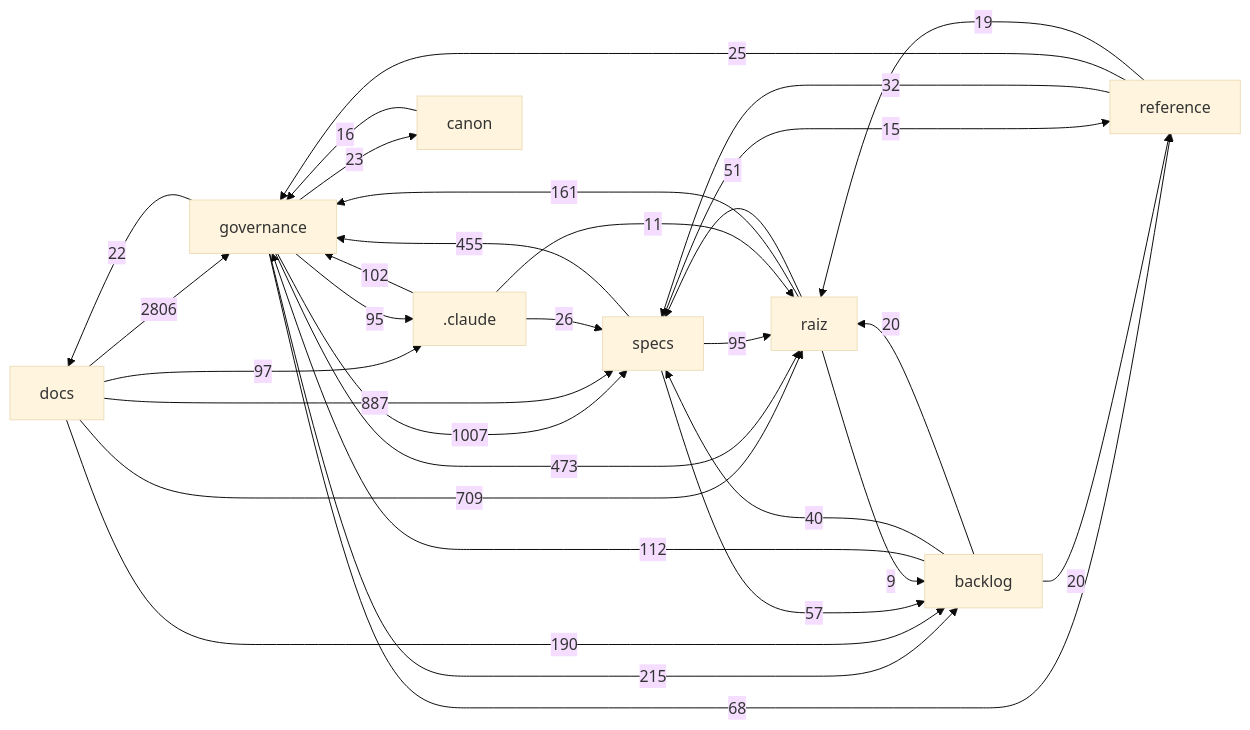
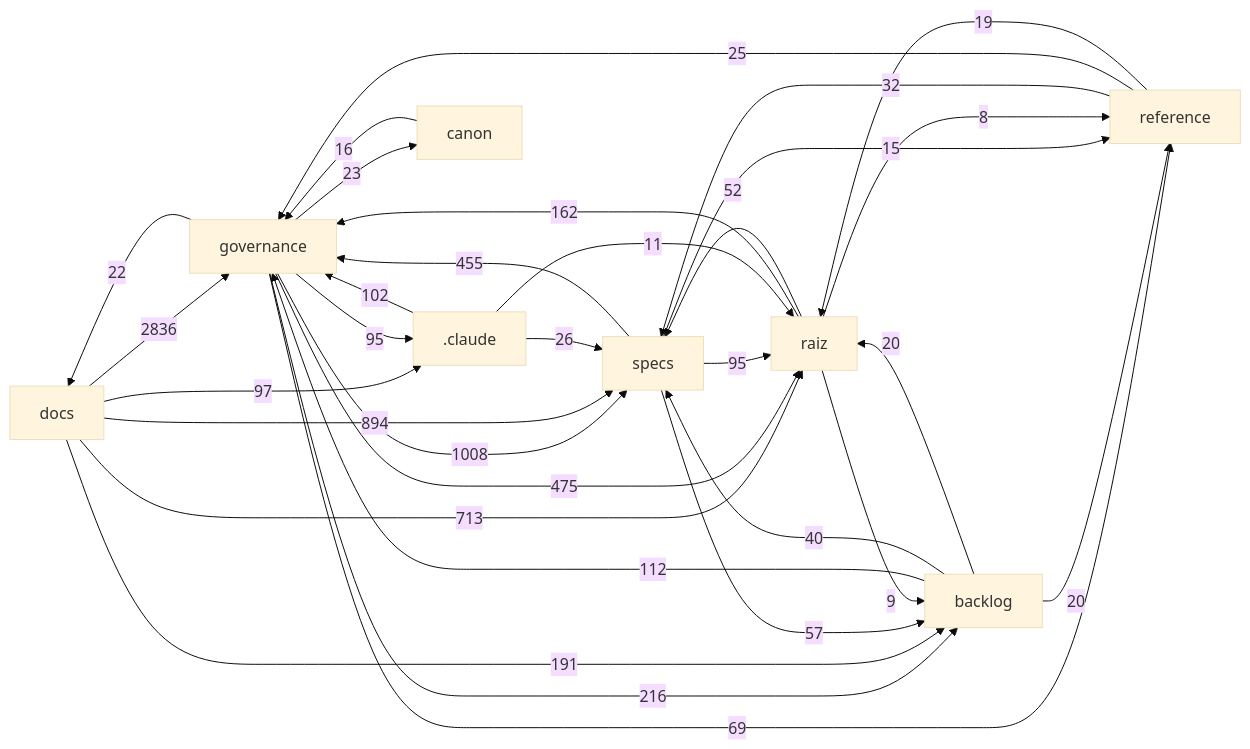
One commit to Andraus35/Sistema-Operacional-de-Trading--SOT changed the diagram in docs/mapa/MAPA-PROJETO.md. Above: the diagram before and after it, drawn with Mermaid (base theme). The commit also changed other lines of this file and 4 other files, not shown here.

````diff
--- a/docs/mapa/MAPA-PROJETO.md
+++ b/docs/mapa/MAPA-PROJETO.md
@@ -29,33 +29,34 @@
 ```mermaid
 flowchart LR
-  docs["docs"] -->|2806| governance["governance"]
-  governance["governance"] -->|1007| specs["specs"]
-  docs["docs"] -->|887| specs["specs"]
-  docs["docs"] -->|709| raiz["raiz"]
-  governance["governance"] -->|473| raiz["raiz"]
+  docs["docs"] -->|2836| governance["governance"]
+  governance["governance"] -->|1008| specs["specs"]
+  docs["docs"] -->|894| specs["specs"]
+  docs["docs"] -->|713| raiz["raiz"]
+  governance["governance"] -->|475| raiz["raiz"]
   specs["specs"] -->|455| governance["governance"]
-  governance["governance"] -->|215| backlog["backlog"]
-  docs["docs"] -->|190| backlog["backlog"]
-  raiz["raiz"] -->|161| governance["governance"]
+  governance["governance"] -->|216| backlog["backlog"]
+  docs["docs"] -->|191| backlog["backlog"]
+  raiz["raiz"] -->|162| governance["governance"]
   backlog["backlog"] -->|112| governance["governance"]
   _claude[".claude"] -->|102| governance["governance"]
   docs["docs"] -->|97| _claude[".claude"]
   governance["governance"] -->|95| _claude[".claude"]
   specs["specs"] -->|95| raiz["raiz"]
-  governance["governance"] -->|68| reference["reference"]
+  governance["governance"] -->|69| reference["reference"]
   specs["specs"] -->|57| backlog["backlog"]
-  raiz["raiz"] -->|51| specs["specs"]
+  raiz["raiz"] -->|52| specs["specs"]
   backlog["backlog"] -->|40| specs["specs"]
   reference["reference"] -->|32| specs["specs"]
   _claude[".claude"] -->|26| specs["specs"]
   reference["reference"] -->|25| governance["governance"]
   governance["governance"] -->|23| canon["canon"]
   governance["governance"] -->|22| docs["docs"]
   backlog["backlog"] -->|20| raiz["raiz"]
   backlog["backlog"] -->|20| reference["reference"]
   reference["reference"] -->|19| raiz["raiz"]
   canon["canon"] -->|16| governance["governance"]
   specs["specs"] -->|15| reference["reference"]
   _claude[".claude"] -->|11| raiz["raiz"]
   raiz["raiz"] -->|9| backlog["backlog"]
+  raiz["raiz"] -->|8| reference["reference"]
 ```
````
